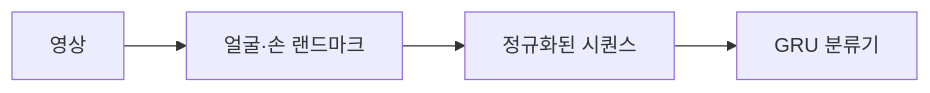
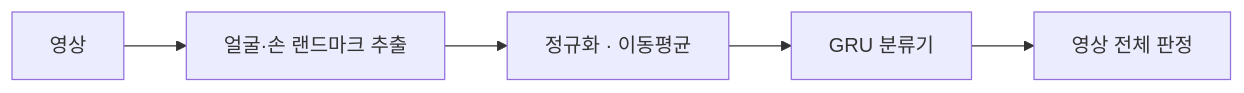
One commit to kangnam7654/english_assessment_systems changed the diagram in presentation_attitude_assessment/README.md. Above: the diagram before and after it, drawn with Mermaid. The commit also changed other lines of this file and 8 other files, not shown here.

````diff
--- a/presentation_attitude_assessment/README.md
+++ b/presentation_attitude_assessment/README.md
@@ -17,6 +16,7 @@
 ```mermaid
 flowchart LR
-    A[영상] --> B[얼굴·손 랜드마크]
-    B --> C[정규화된 시퀀스]
+    A[영상] --> B[얼굴·손 랜드마크 추출]
+    B --> C[정규화 · 이동평균]
     C --> D[GRU 분류기]
+    D --> E[영상 전체 판정]
 ```
````
